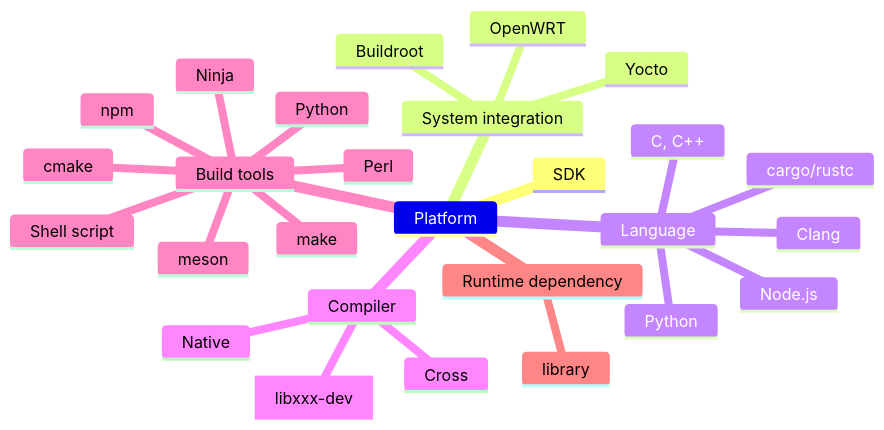
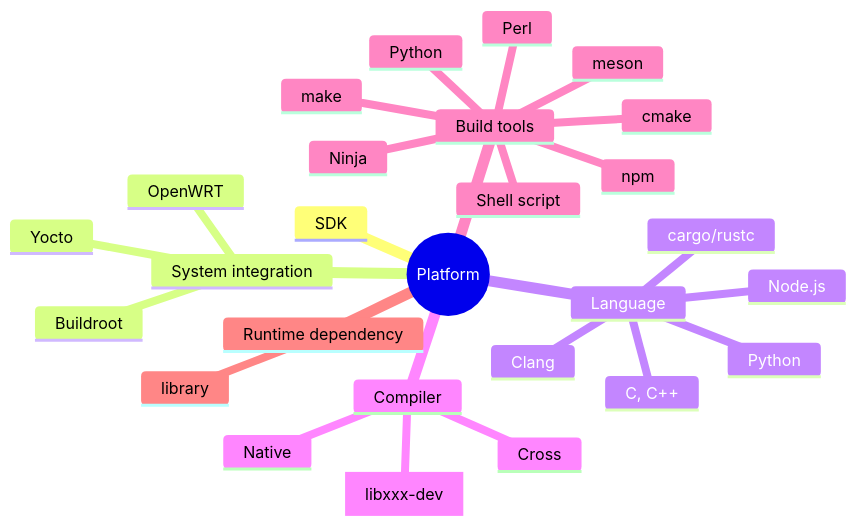
Before and after one commit to lankahsu520/HelperX: the seventh of 7 diagrams in helper_EmbeddedEngineer.md, drawn with Mermaid. The commit also changed other lines of this file and 6 other files, not shown here.

Commit message:
add mindmap root(())

````diff
--- a/helper_EmbeddedEngineer.md
+++ b/helper_EmbeddedEngineer.md
@@ -551,31 +551,31 @@
 ```mermaid
 mindmap
-	Platform
+	root((Platform))
 		SDK
 		System integration
 			Yocto
 			Buildroot
 			OpenWRT
 		Language
 			C, C++
 			Python
 			Node.js
 			cargo/rustc
 			Clang
 		Compiler
 			Cross
 			Native
 			[libxxx-dev]
 		Build tools
 			make
 			cmake
 			meson
 			Python
 			Perl
 			Shell script
 			Ninja
 			npm
 		Runtime dependency
 			library
 
 ```
````
